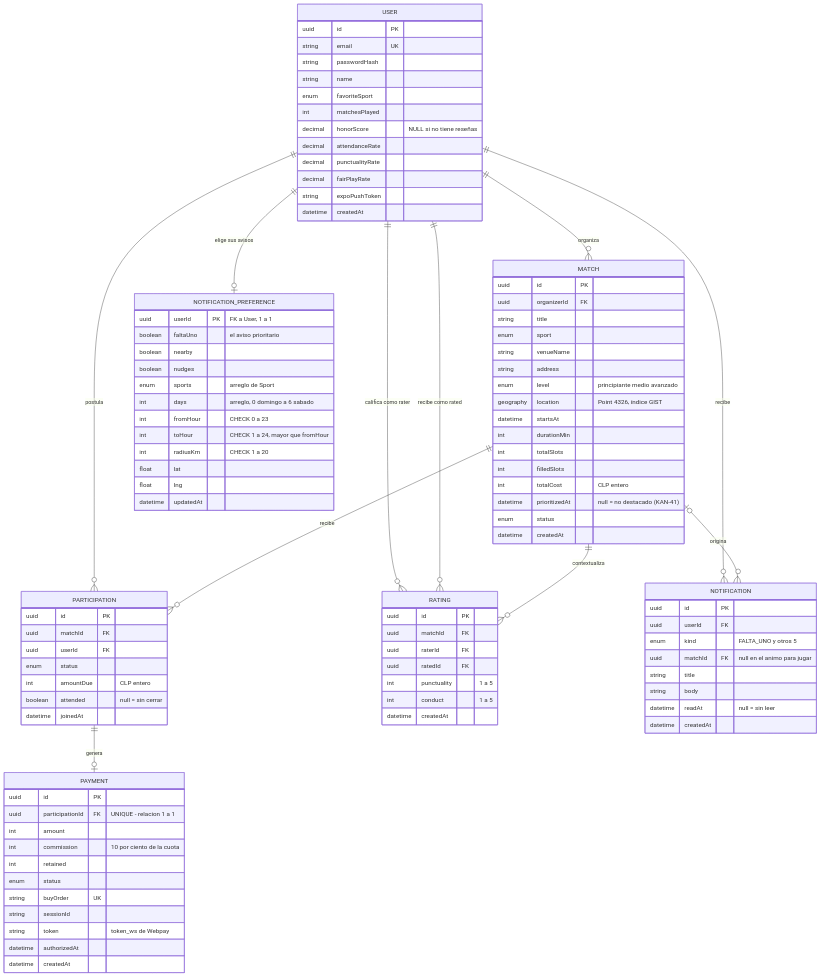
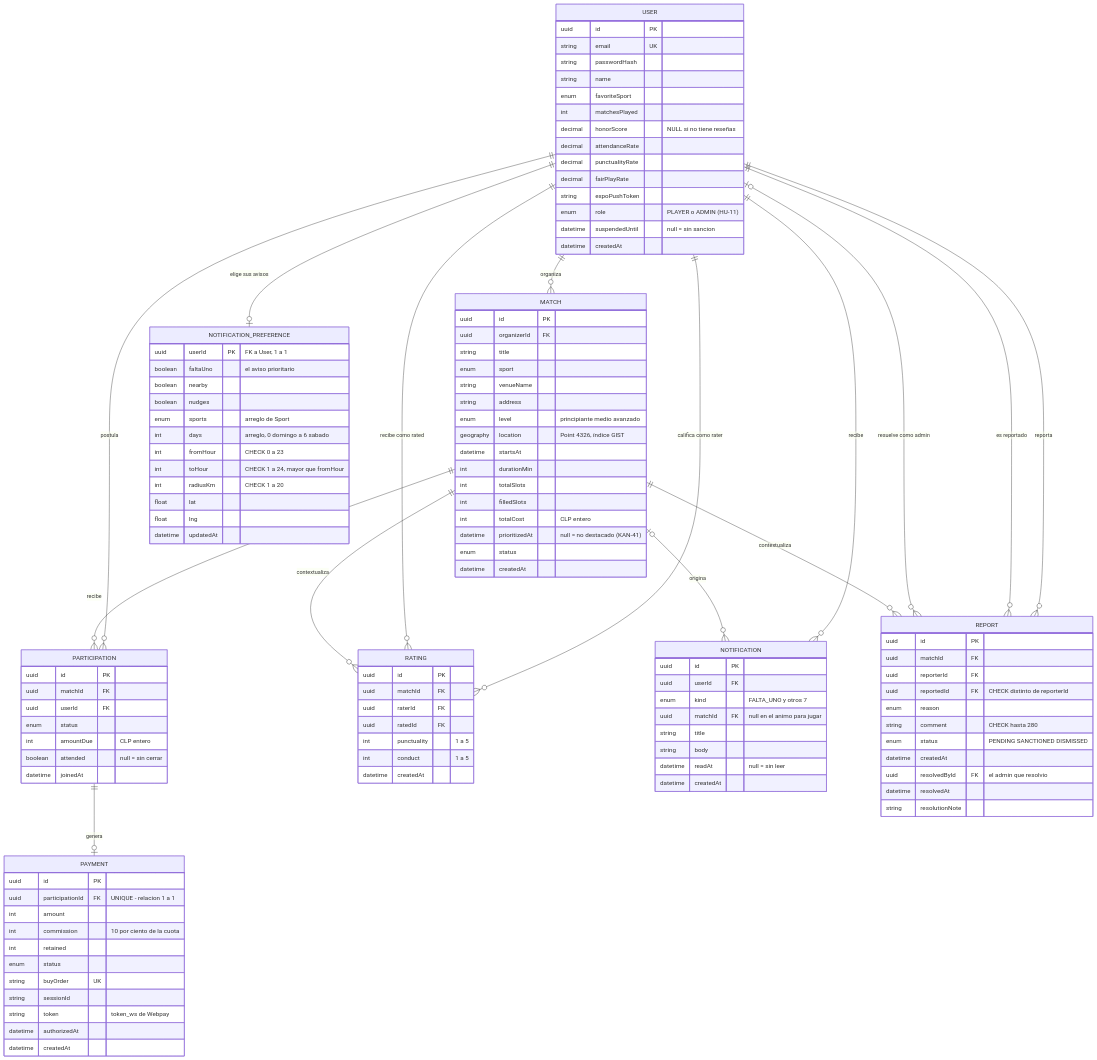
Before and after one commit to avenaaaa/KANCHA: the diagram in fase-2-desarrollo/docs/01-modelo-datos.md, drawn with Mermaid. The commit also changed other lines of this file and 35 other files, not shown here.

````diff
--- a/fase-2-desarrollo/docs/01-modelo-datos.md
+++ b/fase-2-desarrollo/docs/01-modelo-datos.md
@@ -35,6 +35,10 @@
     USER ||--o| NOTIFICATION_PREFERENCE : "elige sus avisos"
     USER ||--o{ NOTIFICATION : "recibe"
     MATCH |o--o{ NOTIFICATION : "origina"
+    USER ||--o{ REPORT : "reporta"
+    USER ||--o{ REPORT : "es reportado"
+    USER |o--o{ REPORT : "resuelve como admin"
+    MATCH ||--o{ REPORT : "contextualiza"
 
     USER {
         uuid     id PK
@@ -48,6 +52,8 @@
         decimal  punctualityRate
         decimal  fairPlayRate
         string   expoPushToken
+        enum     role "PLAYER o ADMIN (HU-11)"
+        datetime suspendedUntil "null = sin sancion"
         datetime createdAt
     }
 
@@ -122,11 +128,25 @@
     NOTIFICATION {
         uuid     id PK
         uuid     userId FK
-        enum     kind "FALTA_UNO y otros 5"
+        enum     kind "FALTA_UNO y otros 7"
         uuid     matchId FK "null en el animo para jugar"
         string   title
         string   body
         datetime readAt "null = sin leer"
         datetime createdAt
     }
+
+    REPORT {
+        uuid     id PK
+        uuid     matchId FK
+        uuid     reporterId FK
+        uuid     reportedId FK "CHECK distinto de reporterId"
+        enum     reason
+        string   comment "CHECK hasta 280"
+        enum     status "PENDING SANCTIONED DISMISSED"
+        datetime createdAt
+        uuid     resolvedById FK "el admin que resolvio"
+        datetime resolvedAt
+        string   resolutionNote
+    }
 ```
````
